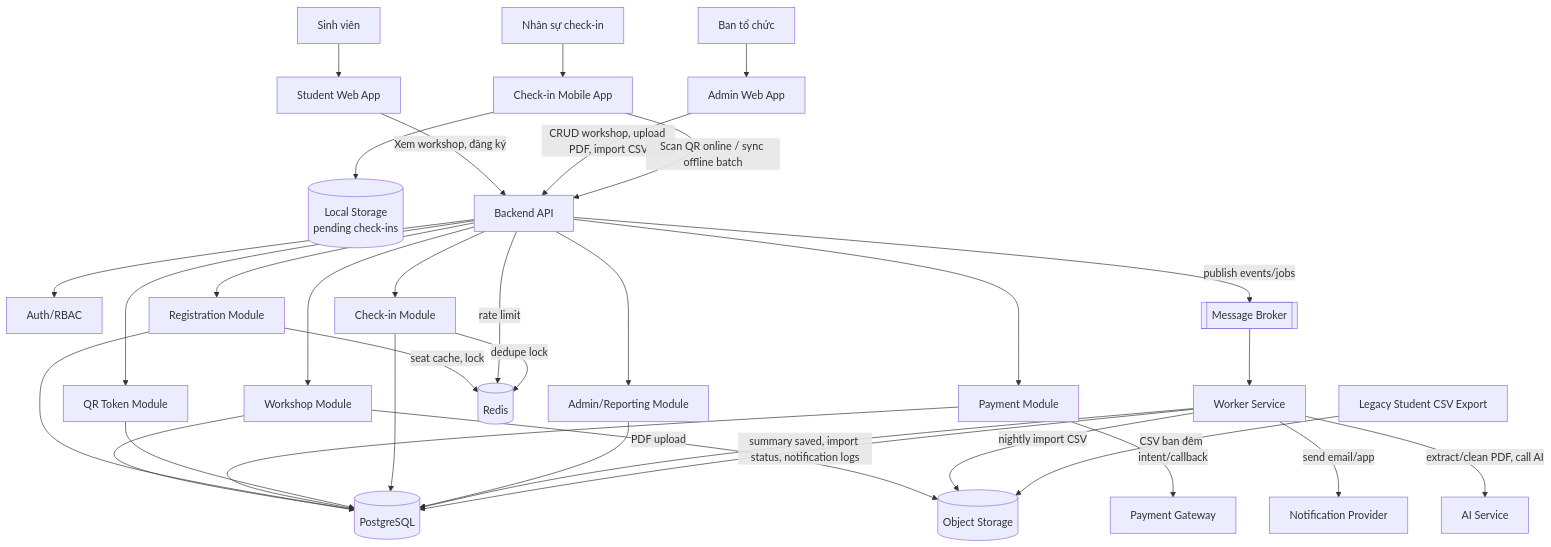
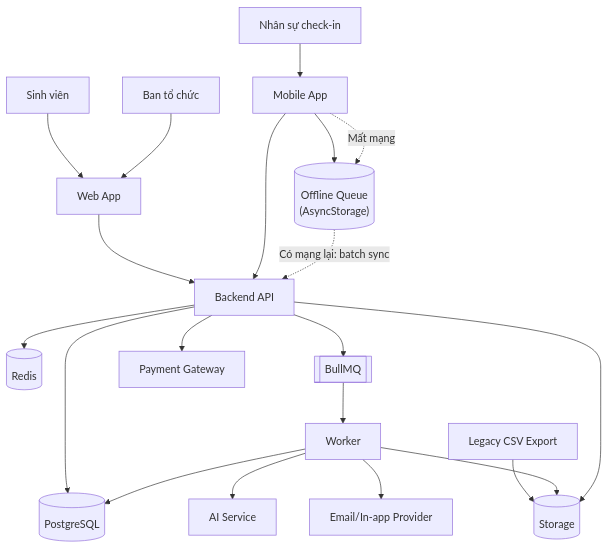
Before and after one commit to khoadanwneee/Software-Design: the third of 3 diagrams in blueprint/design.md, drawn with Mermaid. The commit also changed other lines of this file and 40 other files, not shown here.

````diff
--- a/blueprint/design.md
+++ b/blueprint/design.md
@@ -105,43 +74,29 @@
 ```mermaid
 flowchart TB
-  Student["Sinh viên"] --> SW["Student Web App"]
-  Organizer["Ban tổ chức"] --> AW["Admin Web App"]
-  Staff["Nhân sự check-in"] --> MW["Check-in Mobile App"]
-  MW --> Local[("Local Storage<br/>pending check-ins")]
+  Student["Sinh viên"] --> Web["Web App"]
+  Organizer["Ban tổ chức"] --> Web
+  Staff["Nhân sự check-in"] --> Mobile["Mobile App"]
 
-  SW -->|"Xem workshop, đăng ký"| API["Backend API"]
-  AW -->|"CRUD workshop, upload PDF, import CSV"| API
-  MW -->|"Scan QR online / sync offline batch"| API
+  Mobile --> LocalQ[("Offline Queue\n(AsyncStorage)")]
 
-  API --> Auth["Auth/RBAC"]
-  API --> Workshop["Workshop Module"]
-  API --> Registration["Registration Module"]
-  API --> Payment["Payment Module"]
-  API --> QR["QR Token Module"]
-  API --> Checkin["Check-in Module"]
-  API --> Admin["Admin/Reporting Module"]
+  Web --> API["Backend API"]
+  Mobile --> API
 
-  Workshop --> PG[("PostgreSQL")]
-  Registration --> PG
-  Payment --> PG
-  QR --> PG
-  Checkin --> PG
-  Admin --> PG
+  API --> PG[("PostgreSQL")]
+  API --> Redis[("Redis")]
+  API --> Queue[["BullMQ"]]
 
-  Registration -->|"seat cache, lock"| RD[("Redis")]
-  API -->|"rate limit"| RD
-  Checkin -->|"dedupe lock"| RD
+  API --> Pay["Payment Gateway"]
 
-  Payment -->|"intent/callback"| Gateway["Payment Gateway"]
-  Workshop -->|"PDF upload"| OS[("Object Storage")]
-  API -->|"publish events/jobs"| MQ[["Message Broker"]]
+  Queue --> Worker["Worker"]
+  Worker --> PG
+  Worker --> AI["AI Service"]
+  Worker --> Notify["Email/In-app Provider"]
 
-  MQ --> Worker["Worker Service"]
-  Worker -->|"send email/app"| Notify["Notification Provider"]
-  Worker -->|"extract/clean PDF, call AI"| AI["AI Service"]
-  Worker -->|"nightly import CSV"| OS
-  Worker --> PG
+  Legacy["Legacy CSV Export"] --> Storage[("Storage")]
+  Worker --> Storage
+  API --> Storage
 
-  Legacy["Legacy Student CSV Export"] -->|"CSV ban đêm"| OS
-  Worker -->|"summary saved, import status, notification logs"| PG
+  Mobile -. Mất mạng .-> LocalQ
+  LocalQ -. Có mạng lại: batch sync .-> API
 ```
````
